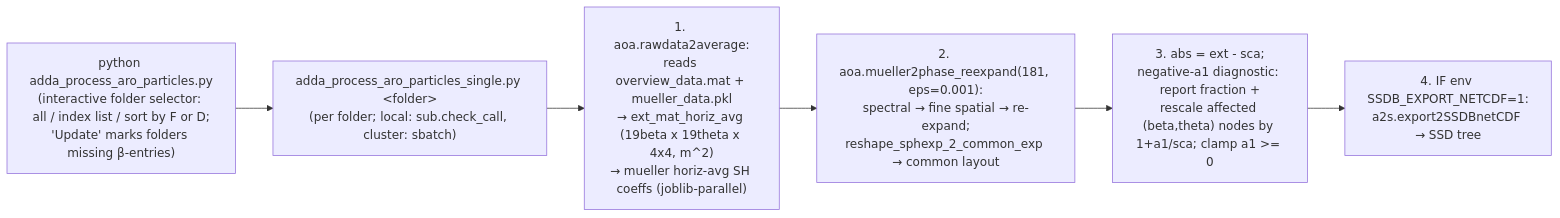
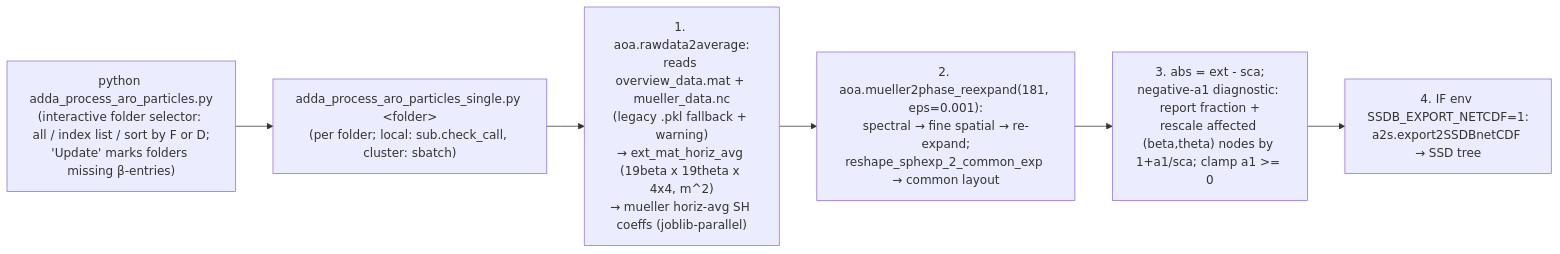
The tenth of 11 diagrams in docs/DDA-manual.md (m-brath/DDA), drawn with Mermaid before and after one commit. The commit also changed other lines of this file and 10 other files, not shown here.

````diff
--- a/docs/DDA-manual.md
+++ b/docs/DDA-manual.md
@@ -780,10 +780,10 @@
 ```mermaid
 flowchart LR
     P["python adda_process_aro_particles.py<br/>(interactive folder selector: all / index list / sort by F or D;<br/>'Update' marks folders missing β-entries)"]
     Q["adda_process_aro_particles_single.py &lt;folder&gt;<br/>(per folder; local: sub.check_call, cluster: sbatch)"]
-    R["1. aoa.rawdata2average:<br/>reads overview_data.mat + mueller_data.pkl<br/>→ ext_mat_horiz_avg (19beta x 19theta x 4x4, m^2)<br/>→ mueller horiz-avg SH coeffs (joblib-parallel)"]
+    R["1. aoa.rawdata2average:<br/>reads overview_data.mat + mueller_data.nc<br/>(legacy .pkl fallback + warning)<br/>→ ext_mat_horiz_avg (19beta x 19theta x 4x4, m^2)<br/>→ mueller horiz-avg SH coeffs (joblib-parallel)"]
     S["2. aoa.mueller2phase_reexpand(181, eps=0.001):<br/>spectral → fine spatial → re-expand;<br/>reshape_sphexp_2_common_exp → common layout"]
     T["3. abs = ext - sca;<br/>negative-a1 diagnostic: report fraction +<br/>rescale affected (beta,theta) nodes by 1+a1/sca; clamp a1 &gt;= 0"]
     U["4. IF env SSDB_EXPORT_NETCDF=1:<br/>a2s.export2SSDBnetCDF → SSD tree"]
     P --> Q --> R --> S --> T --> U
 ```
````
